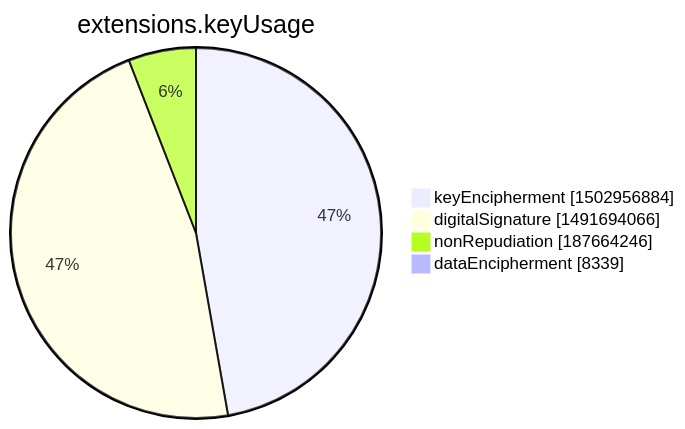
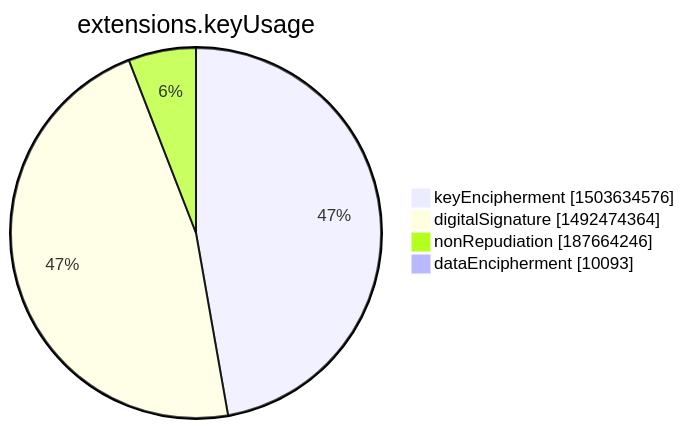
One commit to christiankrug/ctmonitor_visualization changed the seventh of 15 diagrams in xenon2022/README.md. Above: the diagram before and after it, drawn with Mermaid. The commit also changed other lines of this file, not shown here.

````diff
--- a/xenon2022/README.md
+++ b/xenon2022/README.md
@@ -2844,8 +2845,8 @@
 ```mermaid
 pie showData
 title extensions.keyUsage
-"keyEncipherment" :1502956884
-"digitalSignature" :1491694066
+"keyEncipherment" :1503634576
+"digitalSignature" :1492474364
 "nonRepudiation" :187664246
-"dataEncipherment" :8339
+"dataEncipherment" :10093
 ```
````
